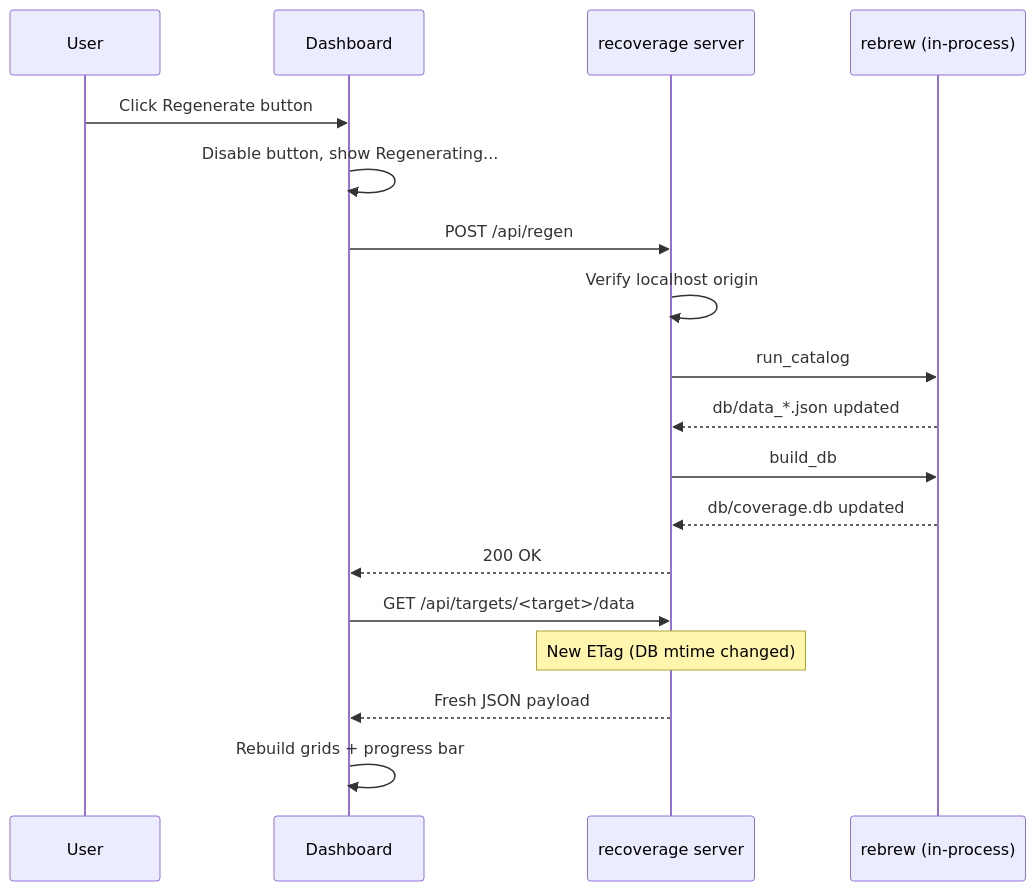
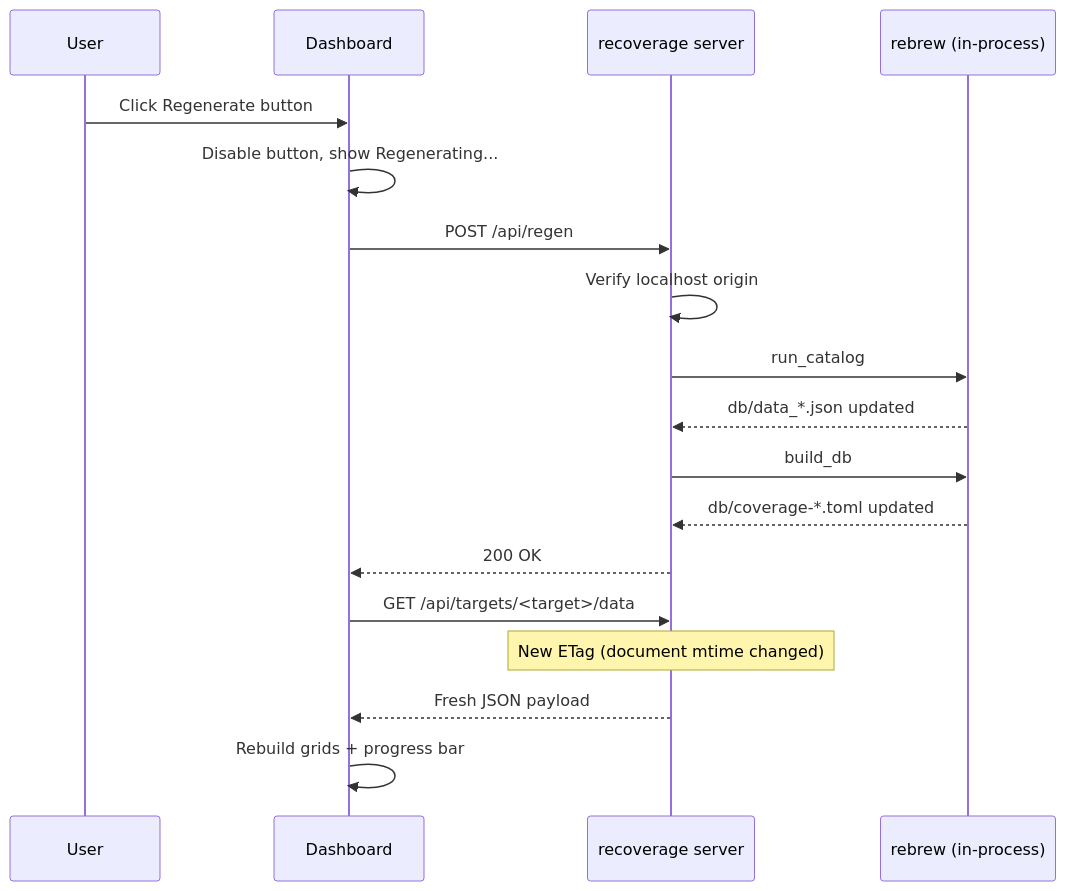
Before and after one commit to maci0/recoverage: diagram 11 of 18 in docs/USER_STORIES.md, drawn with Mermaid. The commit also changed other lines of this file and 39 other files, not shown here.

````diff
--- a/docs/USER_STORIES.md
+++ b/docs/USER_STORIES.md
@@ -353,23 +353,23 @@
 ```mermaid
 sequenceDiagram
     participant U as User
     participant UI as Dashboard
     participant Server as recoverage server
     participant Rebrew as rebrew (in-process)
 
     U->>UI: Click Regenerate button
     UI->>UI: Disable button, show Regenerating...
     UI->>Server: POST /api/regen
     Server->>Server: Verify localhost origin
 
     Server->>Rebrew: run_catalog
     Rebrew-->>Server: db/data_*.json updated
     Server->>Rebrew: build_db
-    Rebrew-->>Server: db/coverage.db updated
+    Rebrew-->>Server: db/coverage-*.toml updated
 
     Server-->>UI: 200 OK
     UI->>Server: GET /api/targets/<target>/data
-    Note over Server: New ETag (DB mtime changed)
+    Note over Server: New ETag (document mtime changed)
     Server-->>UI: Fresh JSON payload
     UI->>UI: Rebuild grids + progress bar
 ```
````
